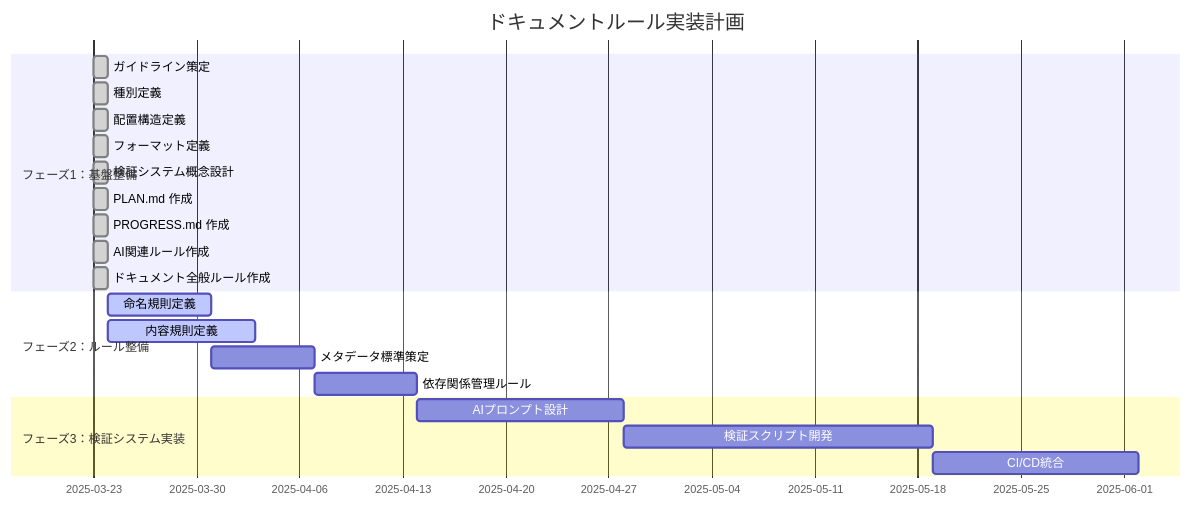
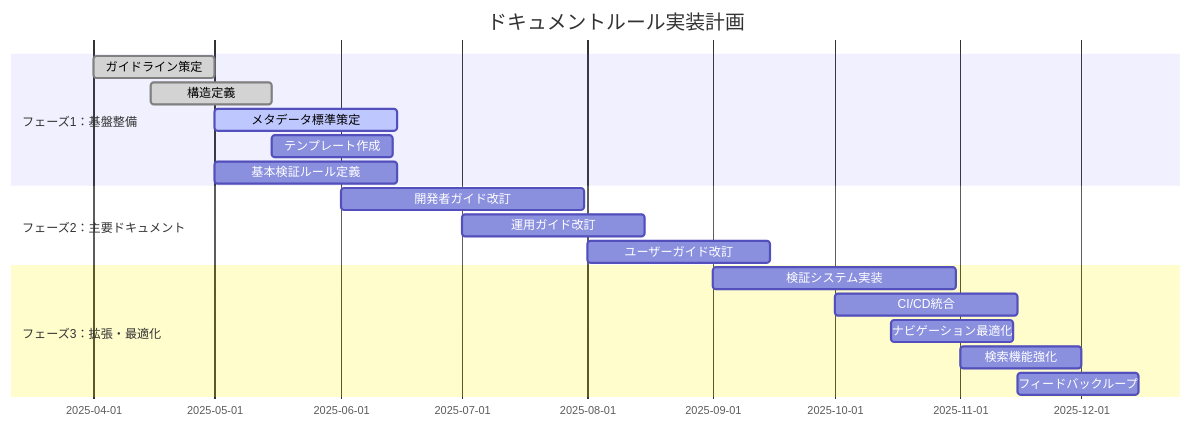
One commit to ToyB0x/git-resume changed the second of 2 diagrams in docs/PROGRESS.md. Above: the diagram before and after it, drawn with Mermaid. The commit also changed other lines of this file and 3 other files, not shown here.

````diff
--- a/docs/PROGRESS.md
+++ b/docs/PROGRESS.md
@@ -27,24 +24,21 @@
 ```mermaid
 gantt
     title ドキュメントルール実装計画
     dateFormat  YYYY-MM-DD
     section フェーズ1：基盤整備
-    ガイドライン策定      :done, g1, 2025-03-23, 1d
-    種別定義              :done, g2, 2025-03-23, 1d
-    配置構造定義          :done, g3, 2025-03-23, 1d
-    フォーマット定義      :done, g4, 2025-03-23, 1d
-    検証システム概念設計  :done, g5, 2025-03-23, 1d
-    PLAN.md 作成          :done, g6, 2025-03-23, 1d
-    PROGRESS.md 作成      :done, g7, 2025-03-23, 1d
-    AI関連ルール作成      :done, g8, 2025-03-23, 1d
-    ドキュメント全般ルール作成 :done, g9, 2025-03-23, 1d
-    section フェーズ2：ルール整備
-    命名規則定義          :active, g10, 2025-03-24, 7d
-    内容規則定義          :active, g11, 2025-03-24, 10d
-    メタデータ標準策定    :g12, 2025-03-31, 7d
-    依存関係管理ルール    :g13, 2025-04-07, 7d
-    section フェーズ3：検証システム実装
-    AIプロンプト設計      :g14, 2025-04-14, 14d
-    検証スクリプト開発    :g15, 2025-04-28, 21d
-    CI/CD統合             :g16, 2025-05-19, 14d
+    ガイドライン策定      :done, g1, 2025-04-01, 30d
+    構造定義              :done, g2, 2025-04-15, 30d
+    メタデータ標準策定    :active, g3, 2025-05-01, 45d
+    テンプレート作成      :g4, 2025-05-15, 30d
+    基本検証ルール定義    :g5, 2025-05-01, 45d
+    section フェーズ2：主要ドキュメント
+    開発者ガイド改訂      :g6, 2025-06-01, 60d
+    運用ガイド改訂        :g7, 2025-07-01, 45d
+    ユーザーガイド改訂    :g8, 2025-08-01, 45d
+    section フェーズ3：拡張・最適化
+    検証システム実装      :g9, 2025-09-01, 60d
+    CI/CD統合             :g10, 2025-10-01, 45d
+    ナビゲーション最適化  :g11, 2025-10-15, 30d
+    検索機能強化          :g12, 2025-11-01, 30d
+    フィードバックループ  :g13, 2025-11-15, 30d
 ```
````
